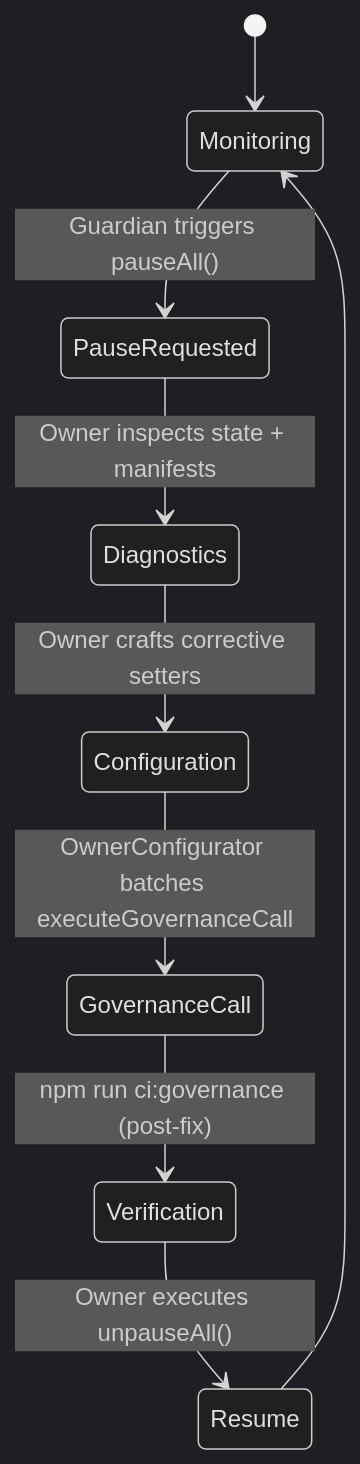
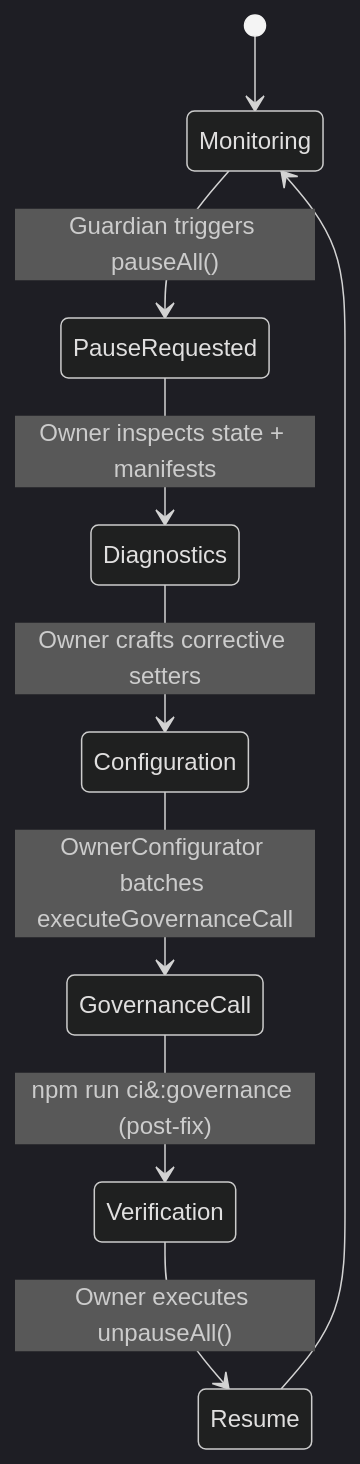
One commit to MontrealAI/agijobs-sovereign-labor-v0p1 changed the fifth of 5 diagrams in deploy/README.md. Above: the diagram before and after it, drawn with Mermaid (dark theme). The commit also changed other lines of this file, not shown here.

````diff
--- a/deploy/README.md
+++ b/deploy/README.md
@@ -839,11 +862,11 @@
 ```mermaid
 stateDiagram-v2
     [*] --> Monitoring
     Monitoring --> PauseRequested: Guardian triggers pauseAll()
     PauseRequested --> Diagnostics: Owner inspects state + manifests
     Diagnostics --> Configuration: Owner crafts corrective setters
     Configuration --> GovernanceCall: OwnerConfigurator batches executeGovernanceCall
-    GovernanceCall --> Verification: npm run ci:governance (post-fix)
+    GovernanceCall --> Verification: npm run ci&#58;governance (post-fix)
     Verification --> Resume: Owner executes unpauseAll()
     Resume --> Monitoring
 ```
````
